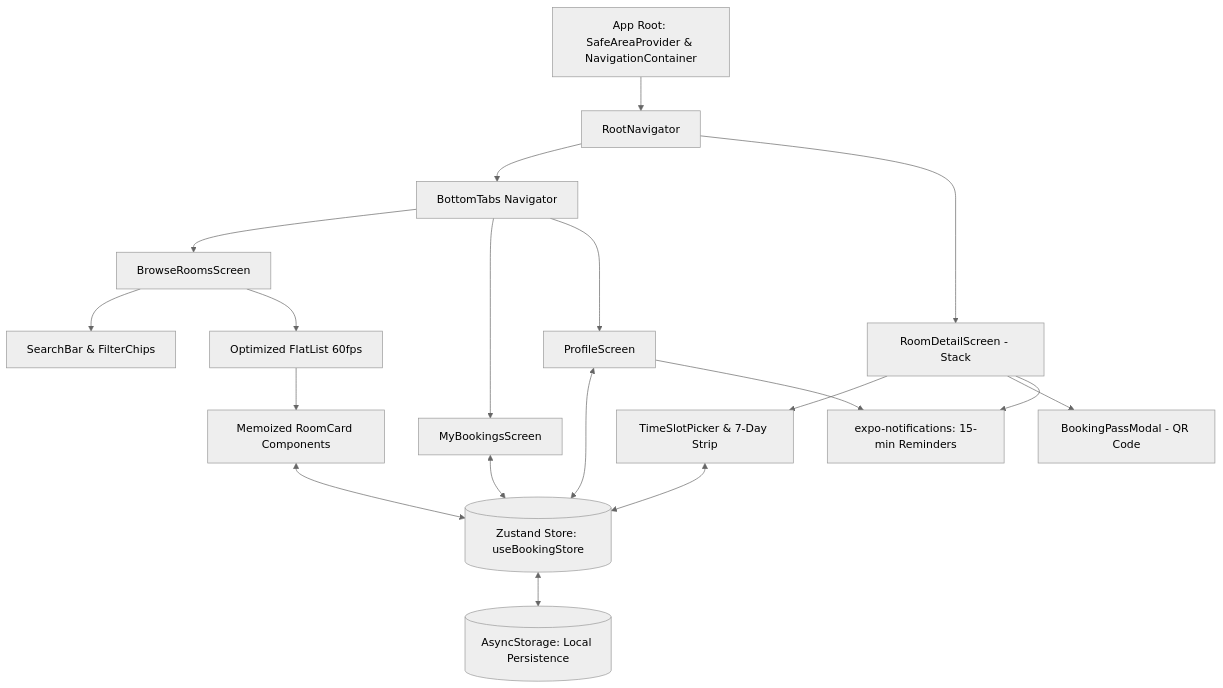
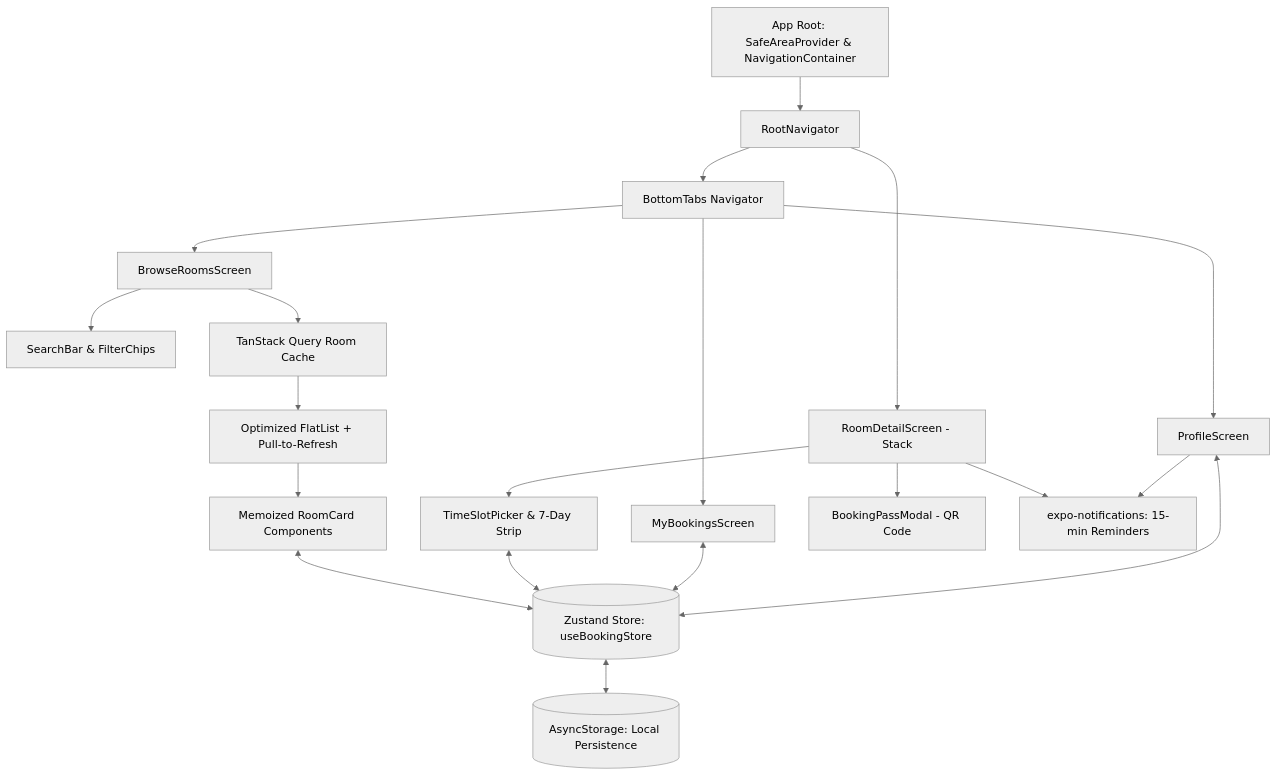
The diagram in README.md (duongdatdev/vku-study-room-booking), drawn with Mermaid (neutral theme) before and after one commit. The commit also changed other lines of this file and 1 other file, not shown here.

Commit message:
docs: document query refresh and animations

````diff
--- a/README.md
+++ b/README.md
@@ -37,21 +38,22 @@
 ```mermaid
 graph TD
     A[App Root: SafeAreaProvider & NavigationContainer] --> B[RootNavigator]
     B --> C[BottomTabs Navigator]
     B --> D[RoomDetailScreen - Stack]
     
     C --> E[BrowseRoomsScreen]
     C --> F[MyBookingsScreen]
     C --> G[ProfileScreen]
     
     E --> H[SearchBar & FilterChips]
-    E --> I[Optimized FlatList 60fps]
+    E --> Q[TanStack Query Room Cache]
+    Q --> I[Optimized FlatList + Pull-to-Refresh]
     I --> J[Memoized RoomCard Components]
     
     D --> K[TimeSlotPicker & 7-Day Strip]
     D --> L[BookingPassModal - QR Code]
     
     J & K & F & G <--> M[(Zustand Store: useBookingStore)]
     M <--> N[(AsyncStorage: Local Persistence)]
     D & G --> O[expo-notifications: 15-min Reminders]
 ```
````
